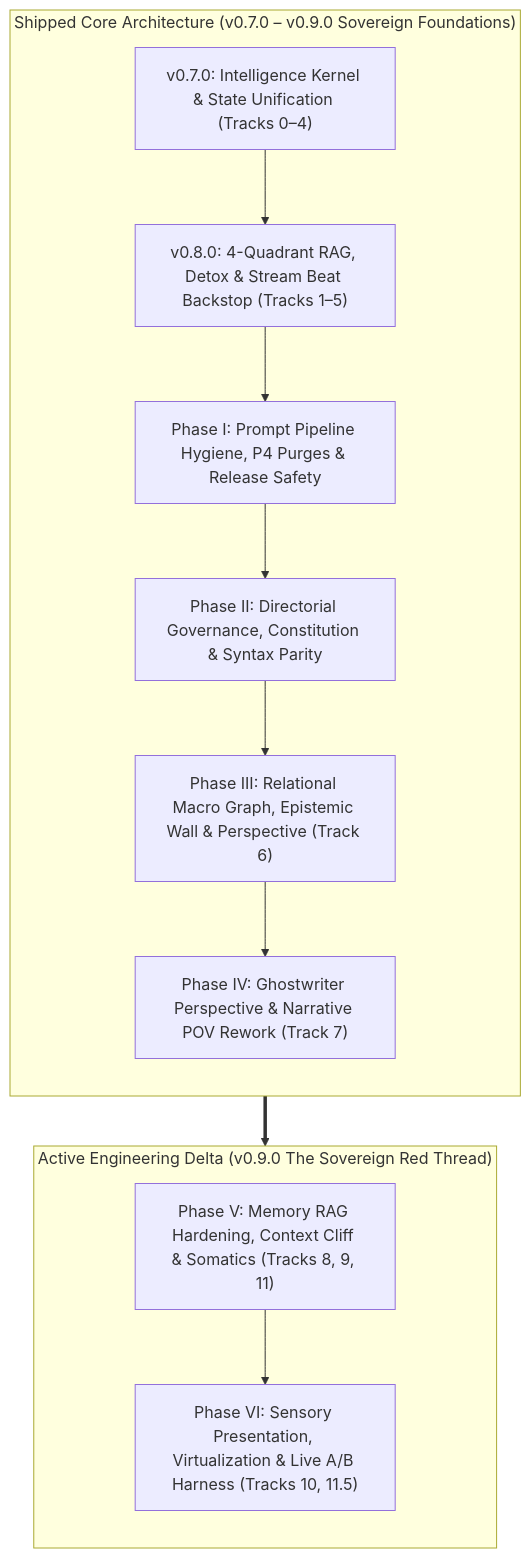
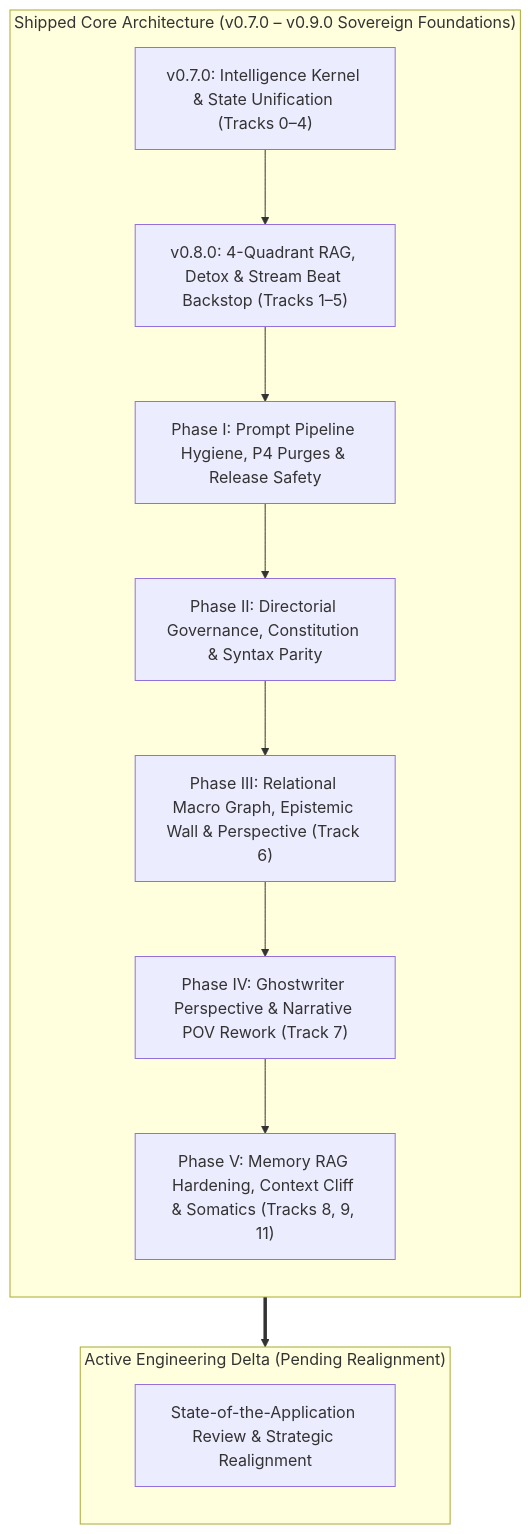
Before and after one commit to JooduG/RPGlitch: the diagram in ROADMAP.md, drawn with Mermaid. The commit also changed other lines of this file and 12 other files, not shown here.

Commit message:
refactor: update roadmap and add simulation audit scripts and test files

````diff
--- a/ROADMAP.md
+++ b/ROADMAP.md
@@ -22,23 +22,21 @@
 ```mermaid
 flowchart TD
     subgraph ShippedCore ["Shipped Core Architecture (v0.7.0 – v0.9.0 Sovereign Foundations)"]
         direction TB
         S1["v0.7.0: Intelligence Kernel & State Unification (Tracks 0–4)"]
         S2["v0.8.0: 4-Quadrant RAG, Detox & Stream Beat Backstop (Tracks 1–5)"]
         S3["Phase I: Prompt Pipeline Hygiene, P4 Purges & Release Safety"]
         S4["Phase II: Directorial Governance, Constitution & Syntax Parity"]
         S5["Phase III: Relational Macro Graph, Epistemic Wall & Perspective (Track 6)"]
         S6["Phase IV: Ghostwriter Perspective & Narrative POV Rework (Track 7)"]
-        S1 --> S2 --> S3 --> S4 --> S5 --> S6
+        S7["Phase V: Memory RAG Hardening, Context Cliff & Somatics (Tracks 8, 9, 11)"]
+        S1 --> S2 --> S3 --> S4 --> S5 --> S6 --> S7
     end
 
-    subgraph ActiveBacklog ["Active Engineering Delta (v0.9.0 The Sovereign Red Thread)"]
+    subgraph ActiveBacklog ["Active Engineering Delta (Pending Realignment)"]
         direction TB
-        T5["Phase V: Memory RAG Hardening, Context Cliff & Somatics (Tracks 8, 9, 11)"]
-        T6["Phase VI: Sensory Presentation, Virtualization & Live A/B Harness (Tracks 10, 11.5)"]
-
-        T5 --> T6
+        R1["State-of-the-Application Review & Strategic Realignment"]
     end
 
     ShippedCore ==> ActiveBacklog
 ```
````
